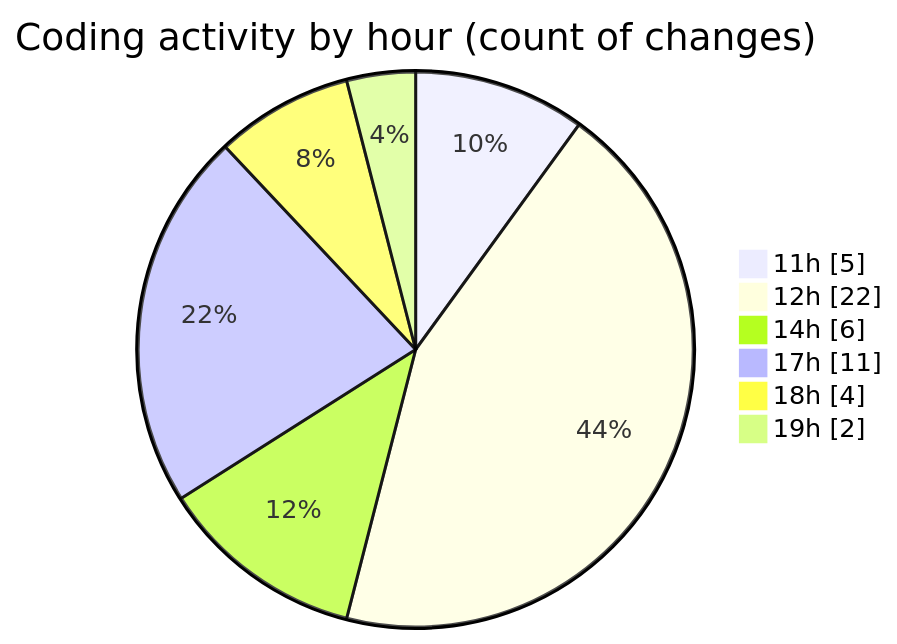
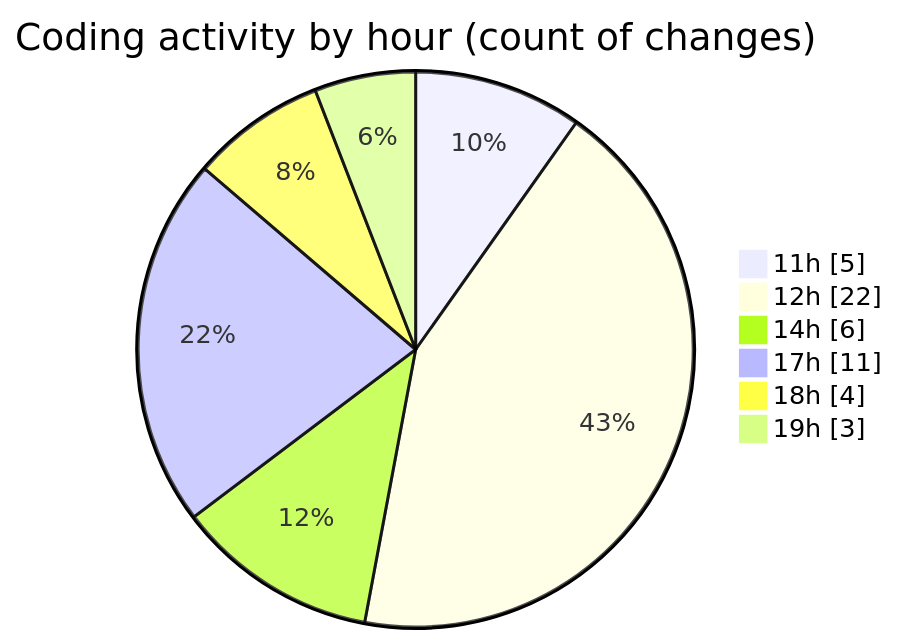
The second of 2 diagrams in 2026-01-19/nxtqube_webapp/README.md (nxtqubesakshisongat/code-tracking), drawn with Mermaid before and after one commit. The commit also changed other lines of this file and 1 other file, not shown here.

````diff
--- a/2026-01-19/nxtqube_webapp/README.md
+++ b/2026-01-19/nxtqube_webapp/README.md
@@ -37,10 +37,10 @@
 ```mermaid
 pie showData
 title Coding activity by hour (count of changes)
 "11h" : 5
 "12h" : 22
 "14h" : 6
 "17h" : 11
 "18h" : 4
-"19h" : 2
+"19h" : 3
 ```
````
